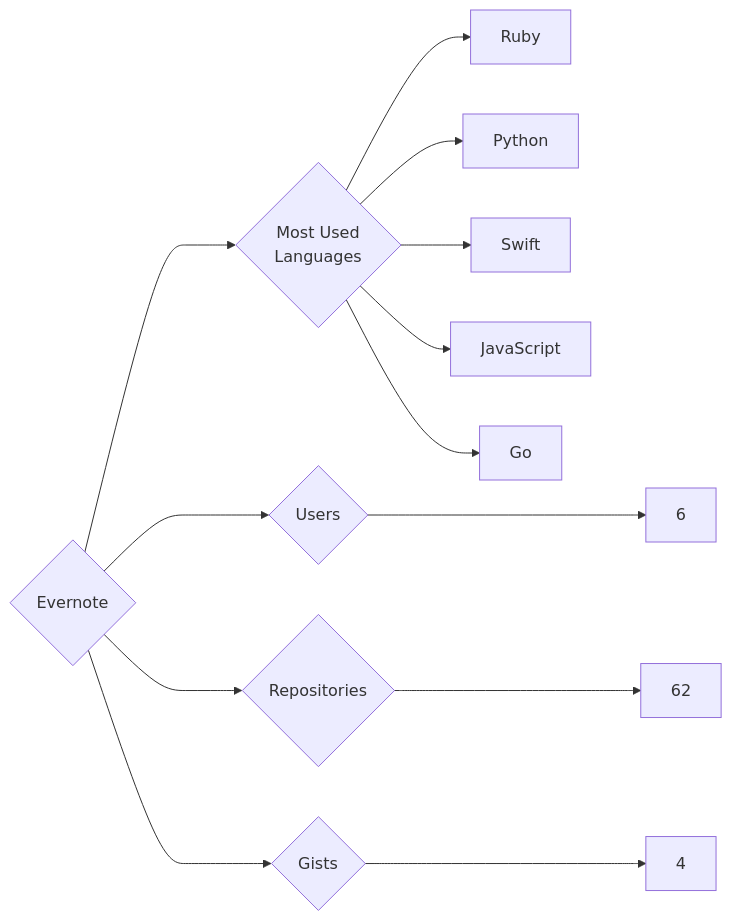
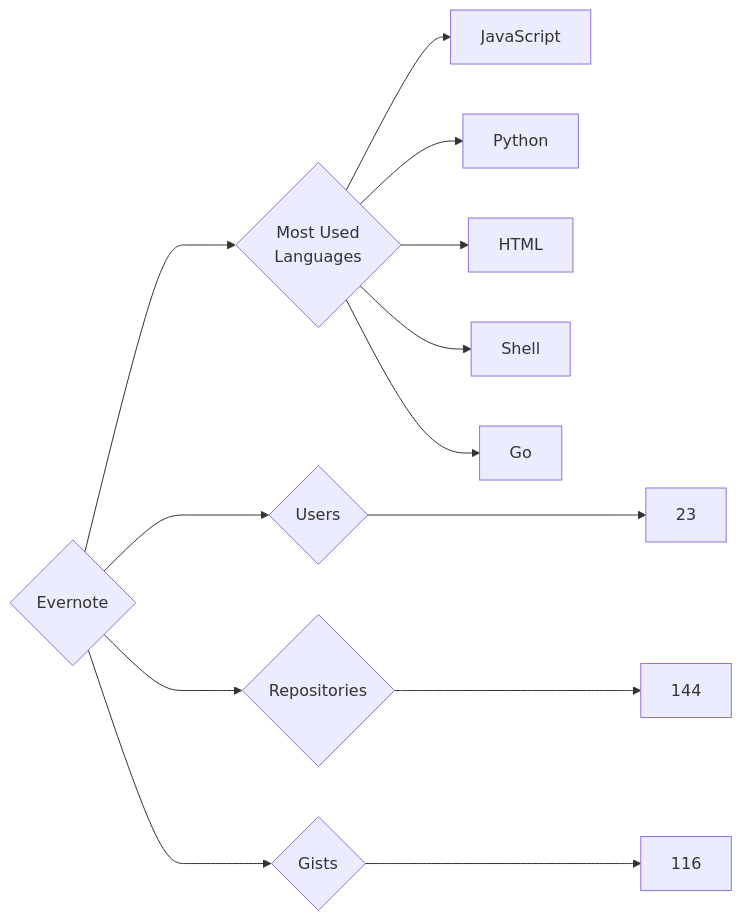
One commit to trickest/insiders changed the diagram in targets/Evernote/README.md. Above: the diagram before and after it, drawn with Mermaid. The commit also changed 873 other files, not shown here.

````diff
--- a/targets/Evernote/README.md
+++ b/targets/Evernote/README.md
@@ -3,13 +3,13 @@
 ```mermaid
 graph LR
 COMPANY_NAME{Evernote}
-COMPANY_NAME ---> U{Users} ---> UN[6]
-COMPANY_NAME ---> R{Repositories} ---> RN[62]
-COMPANY_NAME ---> G{Gists} ---> GN[4]
+COMPANY_NAME ---> U{Users} ---> UN[23]
+COMPANY_NAME ---> R{Repositories} ---> RN[144]
+COMPANY_NAME ---> G{Gists} ---> GN[116]
 COMPANY_NAME ---> ML{Most Used<br>Languages}
-ML --> Ruby[Ruby]
+ML --> JavaScript[JavaScript]
 ML --> Python[Python]
-ML --> Swift[Swift]
-ML --> JavaScript[JavaScript]
+ML --> HTML[HTML]
+ML --> Shell[Shell]
 ML --> Go[Go]
 ```
````
